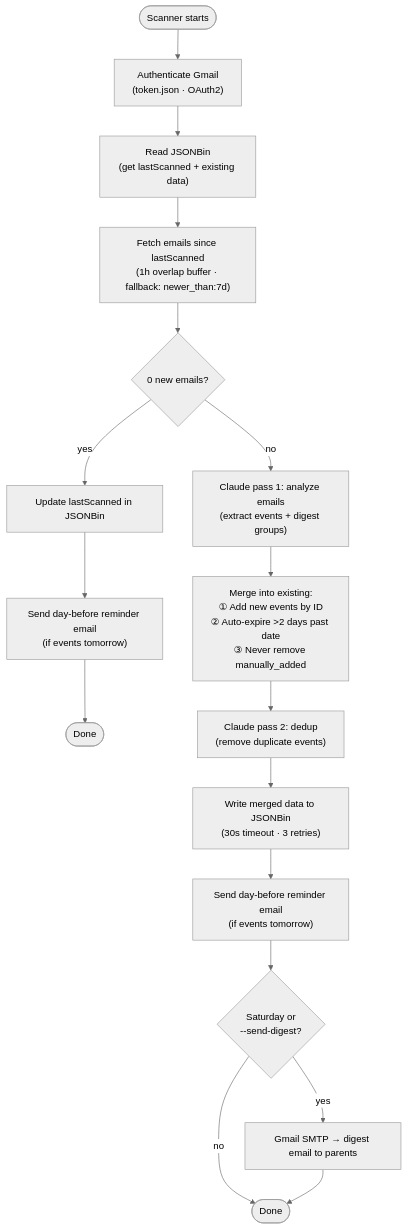
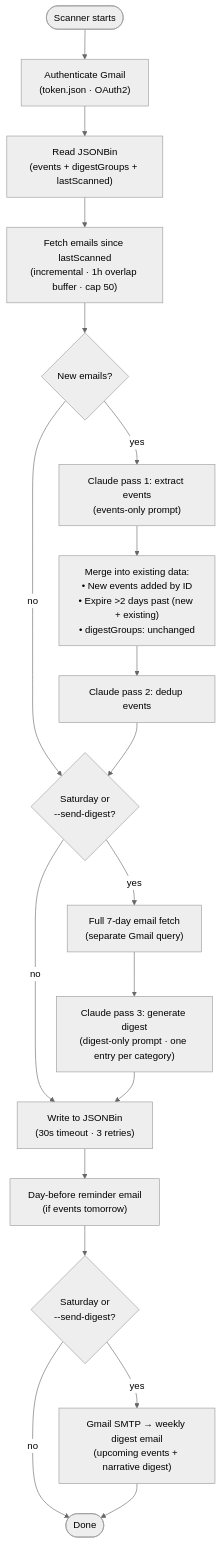
The diagram in docs/CLAUDE.md (samundrud/family_inbox_digest), drawn with Mermaid (neutral theme) before and after one commit. The commit also changed other lines of this file and 2 other files, not shown here.

Commit message:
Improve email coverage, digest accuracy, and scan reliability
- Split Claude calls: daily scan extracts events only; Saturday generates
  digest separately from a full 7-day email fetch so the narrative covers
  the complete week rather than just the latest incremental batch
- Digest now grouped by category (school/scouts/soccer/GFT/other) instead
  of one entry per organisation
- Expanded event extraction: scheduled meetings/classes, library pickup
  notifications, and multi-event emails (e.g. Pro-D + student-led conference)
  now reliably captured
- Fixed expiry bug: the 2-day cutoff now applies to newly extracted events
  as well as existing ones (prevented stale events appearing after wipe-and-rescan)
- Raised email fetch cap from 30 to 50

````diff
--- a/docs/CLAUDE.md
+++ b/docs/CLAUDE.md
@@ -21,19 +21,21 @@
 ```mermaid
 flowchart TD
     Start([Scanner starts]) --> Auth["Authenticate Gmail\n(token.json · OAuth2)"]
-    Auth --> ReadBin["Read JSONBin\n(get lastScanned + existing data)"]
-    ReadBin --> Fetch["Fetch emails since lastScanned\n(1h overlap buffer · fallback: newer_than:7d)"]
-    Fetch --> Empty{0 new emails?}
-    Empty -->|yes| UpdateTS["Update lastScanned in JSONBin"]
-    UpdateTS --> Reminder1["Send day-before reminder email\n(if events tomorrow)"]
-    Reminder1 --> Done1([Done])
-    Empty -->|no| Claude1["Claude pass 1: analyze emails\n(extract events + digest groups)"]
-    Claude1 --> Merge["Merge into existing:\n① Add new events by ID\n② Auto-expire >2 days past date\n③ Never remove manually_added"]
-    Merge --> Dedup["Claude pass 2: dedup\n(remove duplicate events)"]
-    Dedup --> Write["Write merged data to JSONBin\n(30s timeout · 3 retries)"]
-    Write --> Reminder2["Send day-before reminder email\n(if events tomorrow)"]
-    Reminder2 --> Saturday{"Saturday or\n--send-digest?"}
-    Saturday -->|yes| Email["Gmail SMTP → digest email to parents"]
-    Saturday -->|no| Done2([Done])
-    Email --> Done2
+    Auth --> ReadBin["Read JSONBin\n(events + digestGroups + lastScanned)"]
+    ReadBin --> Fetch["Fetch emails since lastScanned\n(incremental · 1h overlap buffer · cap 50)"]
+    Fetch --> HasEmails{New emails?}
+    HasEmails -->|yes| Claude1["Claude pass 1: extract events\n(events-only prompt)"]
+    HasEmails -->|no| DigestCheck
+    Claude1 --> Merge["Merge into existing data:\n• New events added by ID\n• Expire >2 days past (new + existing)\n• digestGroups: unchanged"]
+    Merge --> Dedup["Claude pass 2: dedup events"]
+    Dedup --> DigestCheck{Saturday or\n--send-digest?}
+    DigestCheck -->|no| Write
+    DigestCheck -->|yes| FullFetch["Full 7-day email fetch\n(separate Gmail query)"]
+    FullFetch --> Claude3["Claude pass 3: generate digest\n(digest-only prompt · one entry per category)"]
+    Claude3 --> Write["Write to JSONBin\n(30s timeout · 3 retries)"]
+    Write --> Reminder["Day-before reminder email\n(if events tomorrow)"]
+    Reminder --> DigestEmail{Saturday or\n--send-digest?}
+    DigestEmail -->|no| Done([Done])
+    DigestEmail -->|yes| Email["Gmail SMTP → weekly digest email\n(upcoming events + narrative digest)"]
+    Email --> Done
 ```
````
